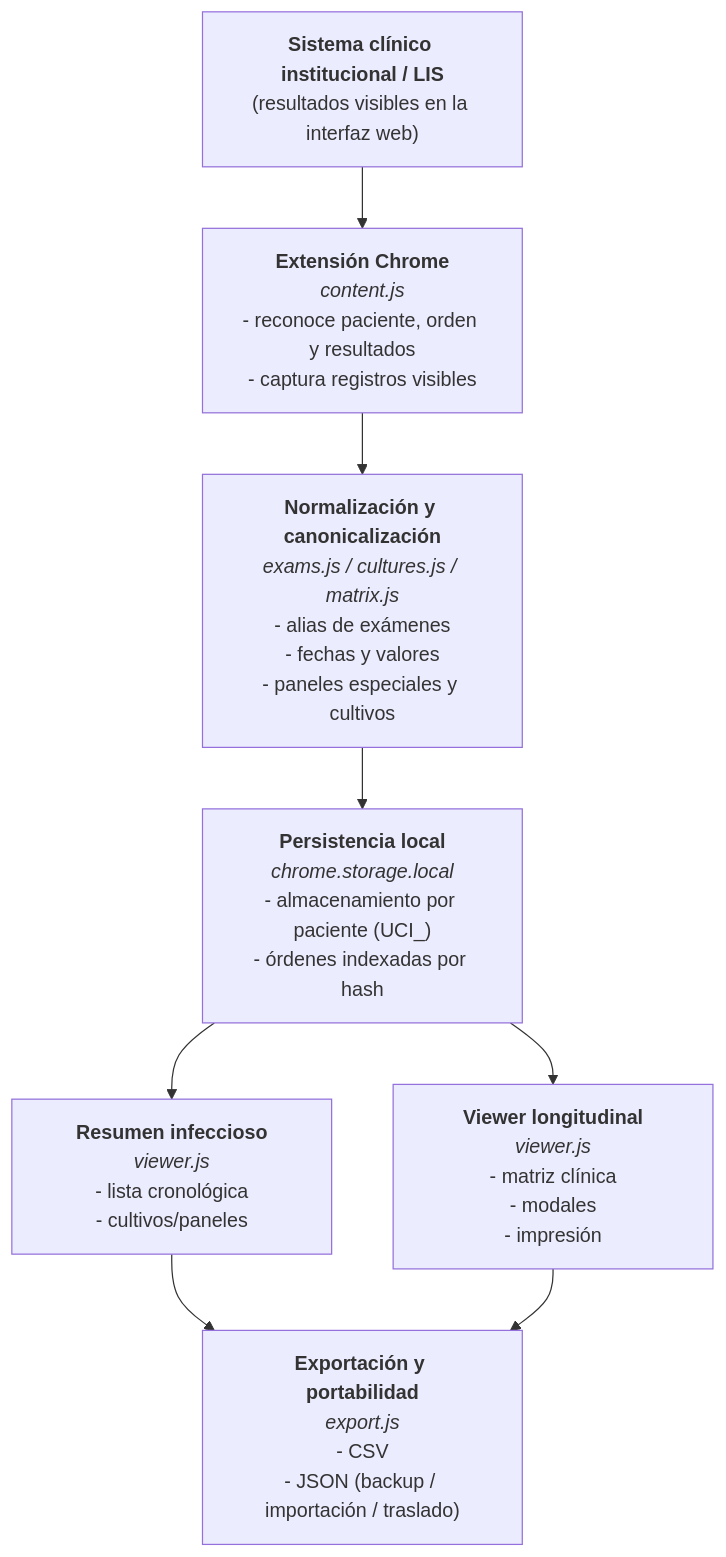
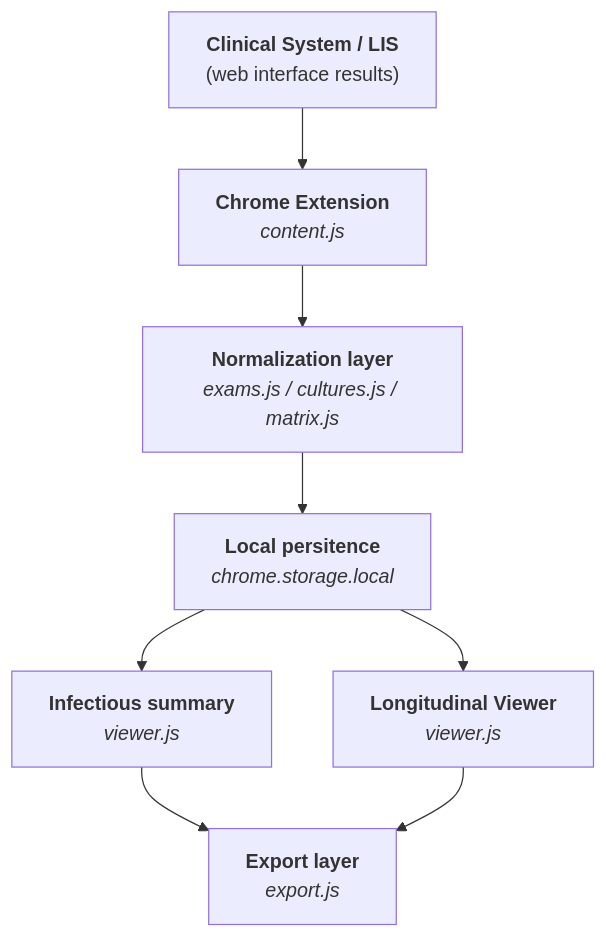
The diagram in README.md (Enesimus/uci-lab-navegador), drawn with Mermaid before and after one commit. The commit also changed other lines of this file and 4 other files, not shown here.

````diff
--- a/README.md
+++ b/README.md
@@ -101,32 +97,18 @@
 ```mermaid
 flowchart TD
-   a["`**Sistema clínico institucional / LIS**
-   (resultados visibles en la interfaz web)`"]
-   a --> b["` **Extensión Chrome**
-   _content.js_
-- reconoce paciente, orden y resultados
-- captura registros visibles `"]
-  b --> c["`**Normalización y canonicalización**
-_exams.js / cultures.js / matrix.js_
-- alias de exámenes
-- fechas y valores
-- paneles especiales y cultivos`"]
-  c --> d["`**Persistencia local**
-_chrome.storage.local_
-- almacenamiento por paciente (UCI_<rut>)
-- órdenes indexadas por hash `"]
-  d --> e["`**Viewer longitudinal**
-_viewer.js_
-- matriz clínica
-- modales
-- impresión `"]
-  d --> f["`**Resumen infeccioso**
-_viewer.js_
-- lista cronológica
-- cultivos/paneles `"]
-  f --> g["`**Exportación y portabilidad**
-_export.js_
-- CSV
-- JSON (backup / importación / traslado) `"]
+   a["`**Clinical System / LIS**
+   (web interface results)`"]
+   a --> b["` **Chrome Extension**
+   _content.js_`"]
+  b --> c["`**Normalization layer**
+_exams.js / cultures.js / matrix.js_`"]
+  c --> d["`**Local persitence**
+_chrome.storage.local_`"]
+  d --> e["`**Longitudinal Viewer**
+_viewer.js_`"]
+  d --> f["`**Infectious summary**
+_viewer.js_`"]
+  f --> g["`**Export layer**
+_export.js_`"]
  e --> g
 ```
````
